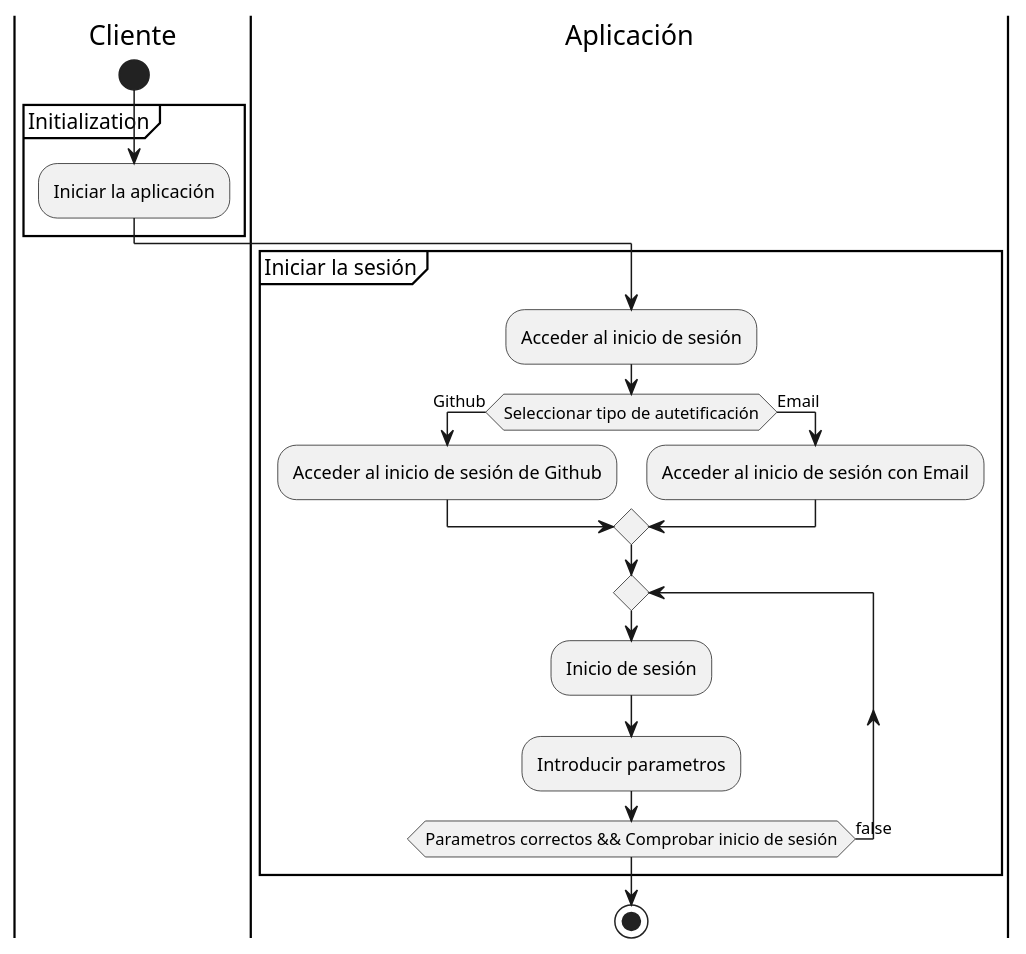
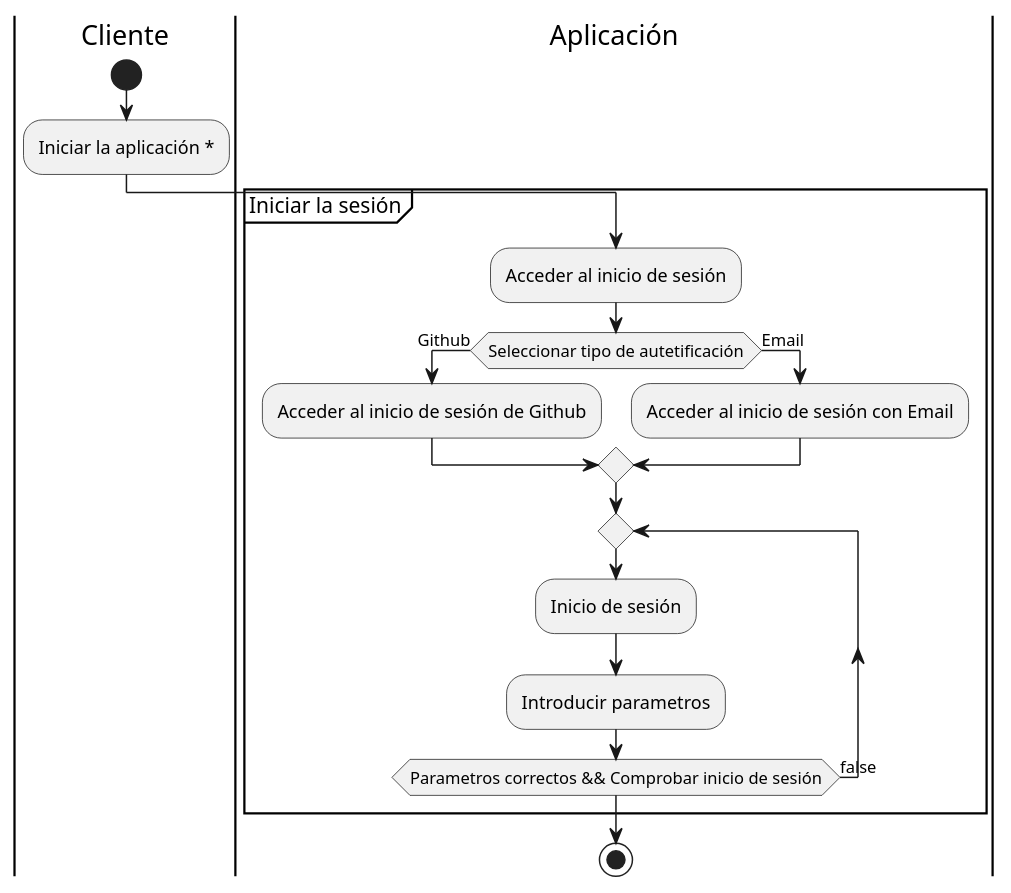
One commit to nonodev96/THUMDER changed the diagram in UML/_6.2.ActivityDiagram.puml. Above: the diagram before and after it, drawn with PlantUML. The commit also changed 21 other files, not shown here.

Commit message:
Add control to Auth, routes, guards, and log out, and changes in UML

```diff
--- a/UML/_6.2.ActivityDiagram.puml
+++ b/UML/_6.2.ActivityDiagram.puml
@@ -1,35 +1,33 @@
 @startuml
 'https://plantuml.com/activity-diagram-beta
 
 'Iniciar Sesión
 
 skinparam defaultFontName consolas
 skinparam minClassWidth 100
 skinparam conditionStyle inside
 
 |Cliente|
 
   start
 
-  partition Initialization {
-    :Iniciar la aplicación;
-  }
+  :Iniciar la aplicación *;
 
 |Aplicación|
 
   partition "Iniciar la sesión" {
     :Acceder al inicio de sesión;
     if (Seleccionar tipo de autetificación) then (Github)
       :Acceder al inicio de sesión de Github;
     else (Email)
       :Acceder al inicio de sesión con Email;
     endif
 
     repeat
       :Inicio de sesión;
       :Introducir parametros;
     repeat while (Parametros correctos && Comprobar inicio de sesión) is (false)
   }
   stop
 
 @enduml
```
